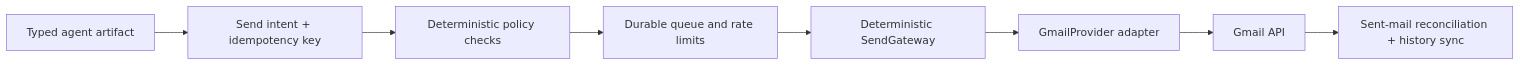
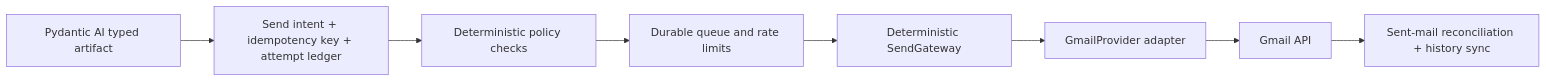
The second of 2 diagrams in docs/architecture.md (alonbenpro/alon-ai), drawn with Mermaid before and after one commit. The commit also changed other lines of this file and 14 other files, not shown here.

Commit message:
docs: select stack and define roadmap architecture

````diff
--- a/docs/architecture.md
+++ b/docs/architecture.md
@@ -25,10 +25,10 @@
 ```mermaid
 flowchart LR
-    Agent["Typed agent artifact"] --> Intent["Send intent + idempotency key"]
+    Agent["Pydantic AI typed artifact"] --> Intent["Send intent + idempotency key + attempt ledger"]
     Intent --> Policy["Deterministic policy checks"]
     Policy --> Queue["Durable queue and rate limits"]
     Queue --> Gateway["Deterministic SendGateway"]
     Gateway --> Provider["GmailProvider adapter"]
     Provider --> Gmail["Gmail API"]
     Gmail --> Reconcile["Sent-mail reconciliation + history sync"]
 ```
````
